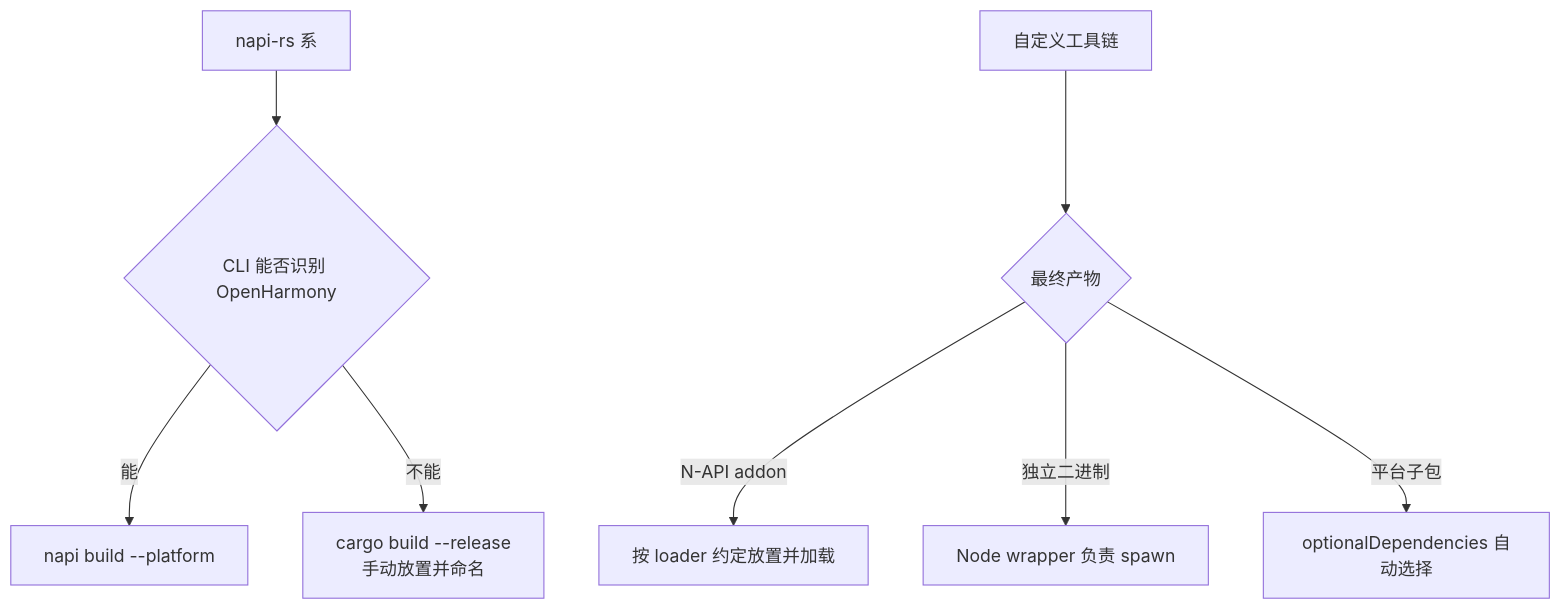
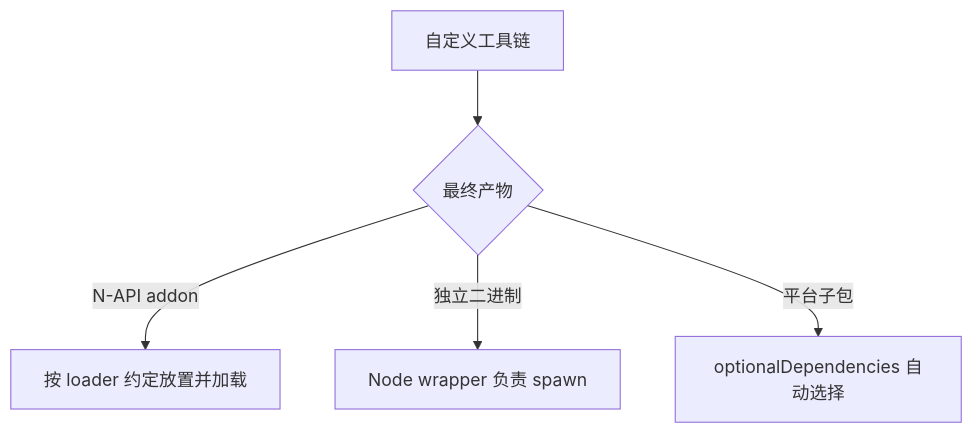
The fourth of 4 diagrams in docs/zh-CN/contributor/build-frameworks.md (ohos-npm-ports/ohos-npm-ports), drawn with Mermaid before and after one commit. The commit also changed other lines of this file, not shown here.

Commit message:
docs: place custom toolchain diagram correctly

````diff
--- a/docs/zh-CN/contributor/build-frameworks.md
+++ b/docs/zh-CN/contributor/build-frameworks.md
@@ -64,10 +85,7 @@
 ```mermaid
 flowchart TD
-    A[napi-rs 系] --> B{CLI 能否识别 OpenHarmony}
-    B -->|能| C[napi build --platform]
-    B -->|不能| D[cargo build --release<br/>手动放置并命名]
-    E[自定义工具链] --> F{最终产物}
-    F -->|N-API addon| G[按 loader 约定放置并加载]
-    F -->|独立二进制| H[Node wrapper 负责 spawn]
-    F -->|平台子包| I[optionalDependencies 自动选择]
+    A[自定义工具链] --> B{最终产物}
+    B -->|N-API addon| C[按 loader 约定放置并加载]
+    B -->|独立二进制| D[Node wrapper 负责 spawn]
+    B -->|平台子包| E[optionalDependencies 自动选择]
 ```
````
